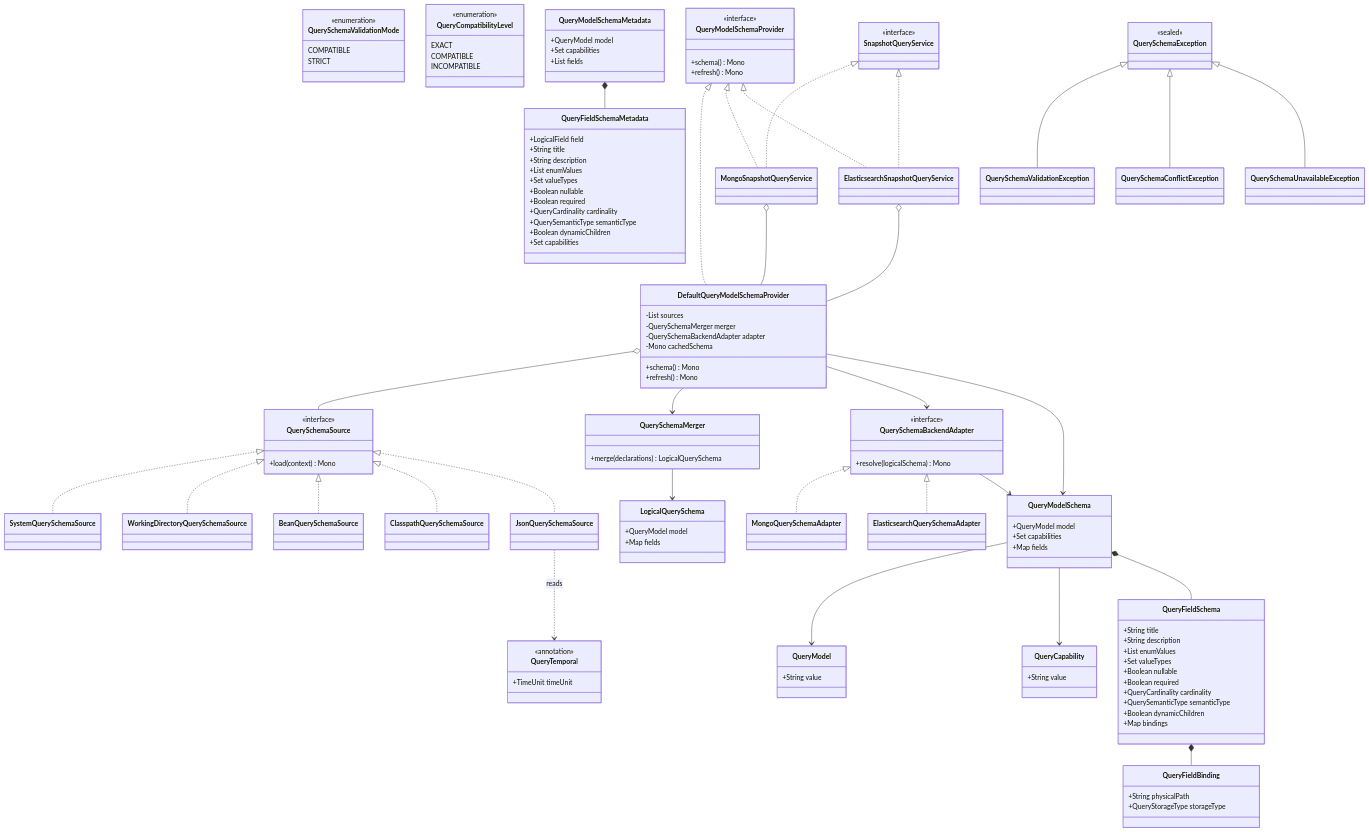
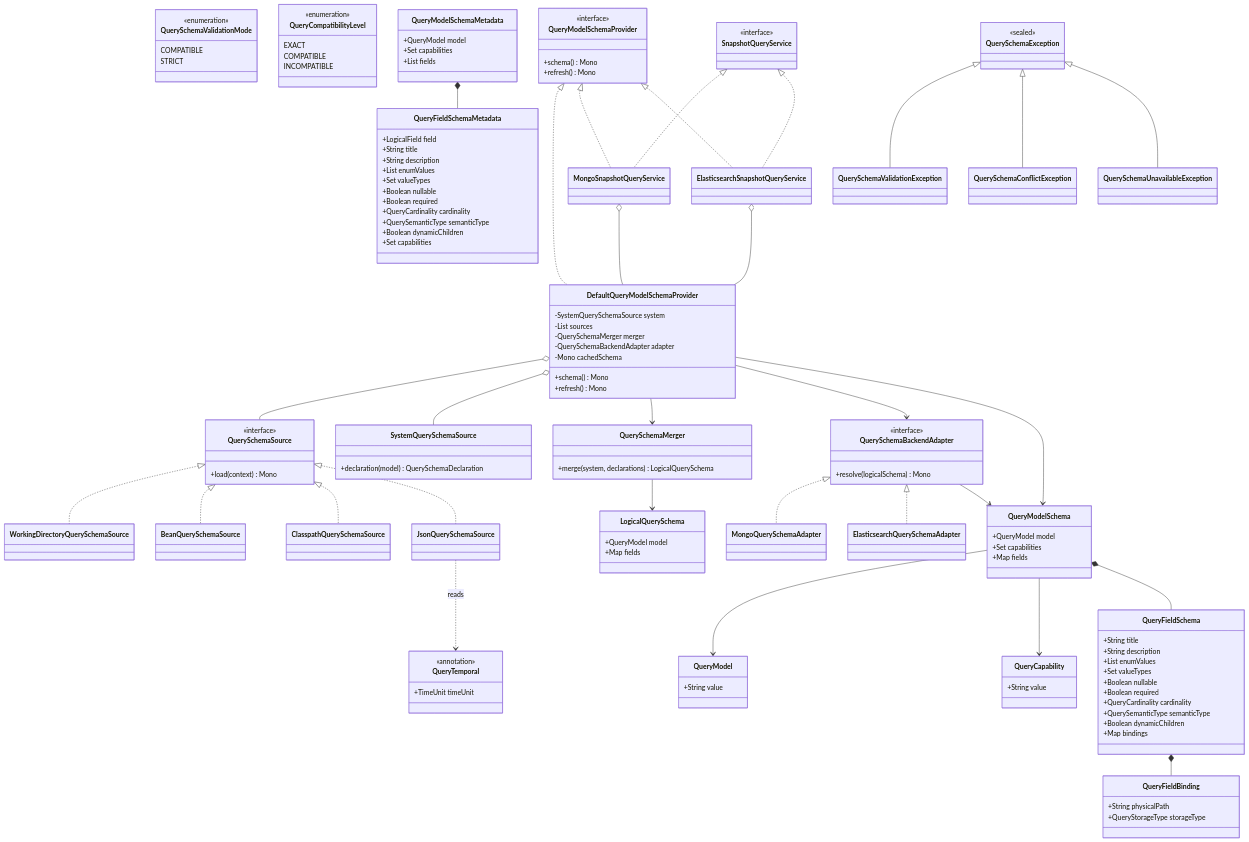
Before and after one commit to Ahoo-Wang/Wow: the fourth of 4 diagrams in docs/superpowers/specs/2026-08-26-query-model-schema-design.md, drawn with Mermaid. The commit also changed other lines of this file, not shown here.

Commit message:
docs(query): define global system schema skeleton

```diff
--- a/docs/superpowers/specs/2026-08-26-query-model-schema-design.md
+++ b/docs/superpowers/specs/2026-08-26-query-model-schema-design.md
@@ -1002,6 +1016,7 @@
     }
 
     class DefaultQueryModelSchemaProvider {
+        -SystemQuerySchemaSource system
         -List sources
         -QuerySchemaMerger merger
         -QuerySchemaBackendAdapter adapter
@@ -1015,7 +1030,9 @@
         +load(context) Mono
     }
 
-    class SystemQuerySchemaSource
+    class SystemQuerySchemaSource {
+        +declaration(model) QuerySchemaDeclaration
+    }
     class WorkingDirectoryQuerySchemaSource
     class BeanQuerySchemaSource
     class ClasspathQuerySchemaSource
@@ -1027,7 +1044,7 @@
     }
 
     class QuerySchemaMerger {
-        +merge(declarations) LogicalQuerySchema
+        +merge(system, declarations) LogicalQuerySchema
     }
 
     class QuerySchemaBackendAdapter {
@@ -1112,11 +1129,11 @@
     ElasticsearchSnapshotQueryService o-- DefaultQueryModelSchemaProvider
 
     DefaultQueryModelSchemaProvider o-- QuerySchemaSource
+    DefaultQueryModelSchemaProvider o-- SystemQuerySchemaSource
     DefaultQueryModelSchemaProvider --> QuerySchemaMerger
     DefaultQueryModelSchemaProvider --> QuerySchemaBackendAdapter
     DefaultQueryModelSchemaProvider --> QueryModelSchema
 
-    QuerySchemaSource <|.. SystemQuerySchemaSource
     QuerySchemaSource <|.. WorkingDirectoryQuerySchemaSource
     QuerySchemaSource <|.. BeanQuerySchemaSource
     QuerySchemaSource <|.. ClasspathQuerySchemaSource
```
